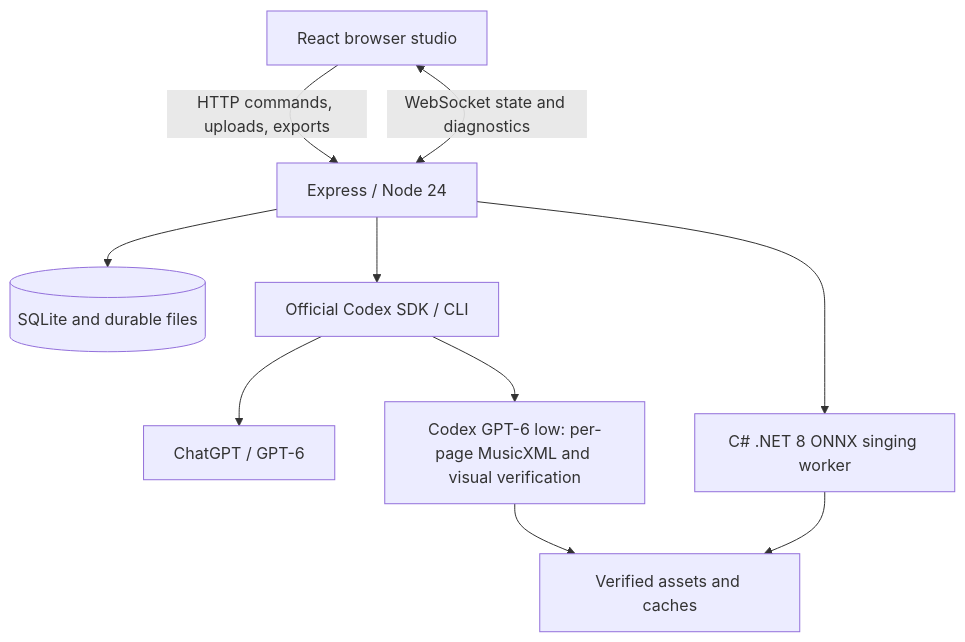
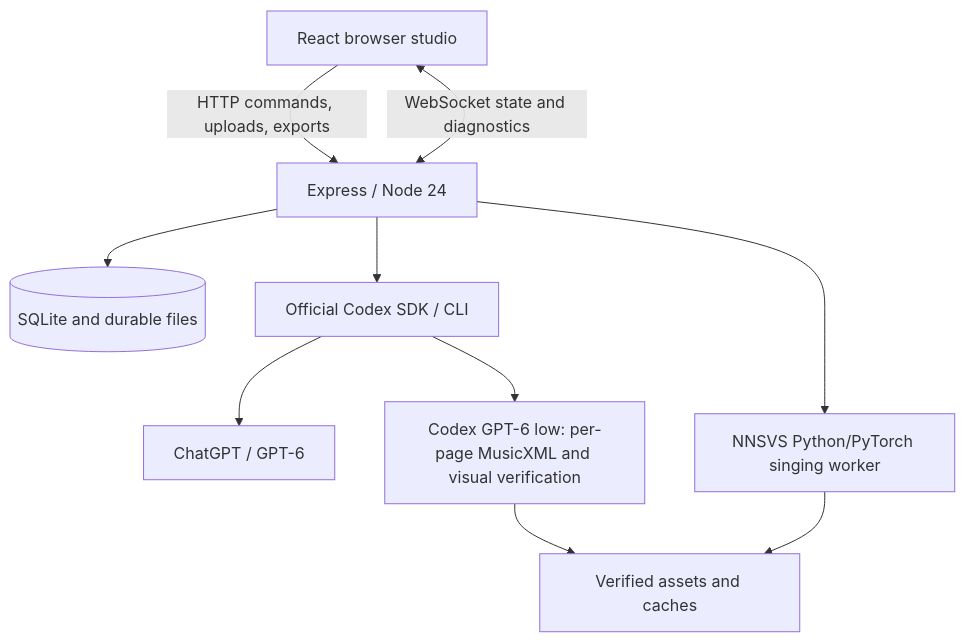
One commit to blhsing/Choirloom changed the diagram in README.md. Above: the diagram before and after it, drawn with Mermaid. The commit also changed other lines of this file and 58 other files, not shown here.

````diff
--- a/README.md
+++ b/README.md
@@ -203,12 +203,12 @@
 ```mermaid
 flowchart TD
   B[React browser studio] -->|HTTP commands, uploads, exports| N[Express / Node 24]
   B <-->|WebSocket state and diagnostics| N
   N --> D[(SQLite and durable files)]
   N --> C[Official Codex SDK / CLI]
   C --> G[ChatGPT / GPT-6]
-  N --> S[C# .NET 8 ONNX singing worker]
+  N --> S[NNSVS Python/PyTorch singing worker]
   C --> A[Codex GPT-6 low: per-page MusicXML and visual verification]
   S --> V[Verified assets and caches]
   A --> V
 ```
````
